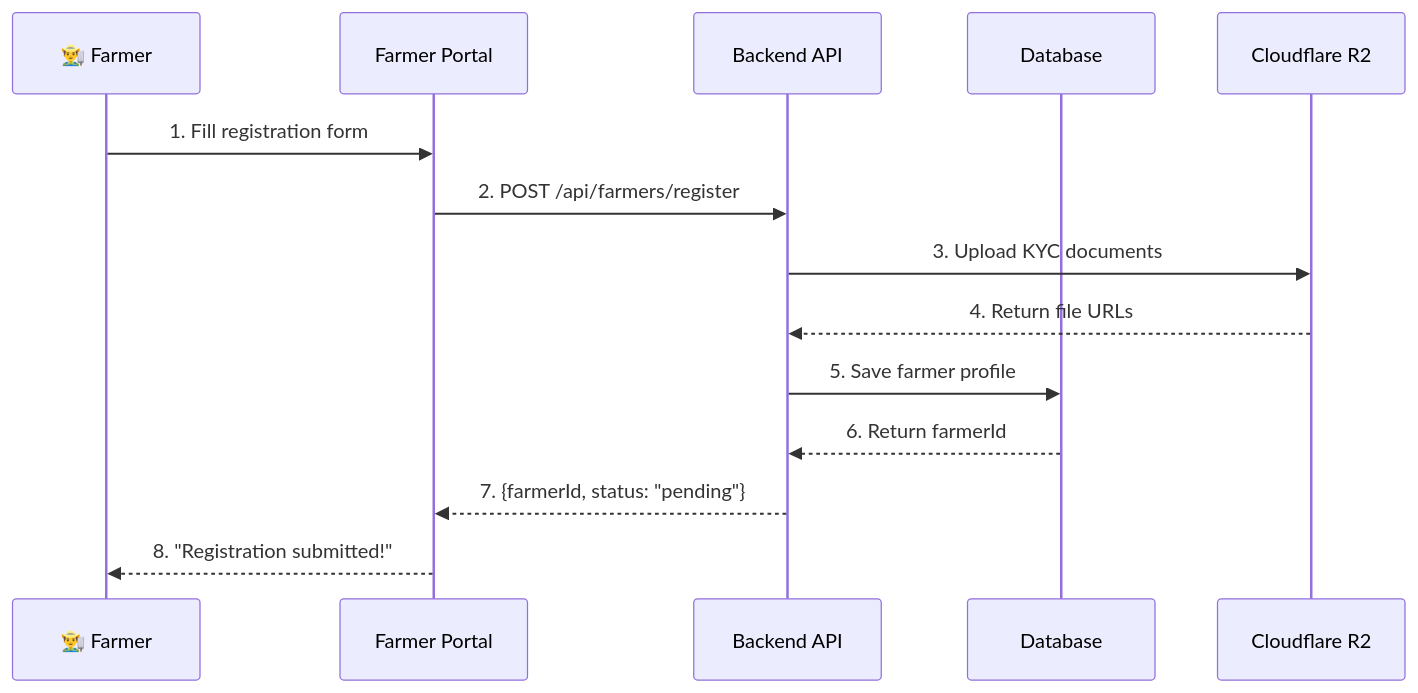
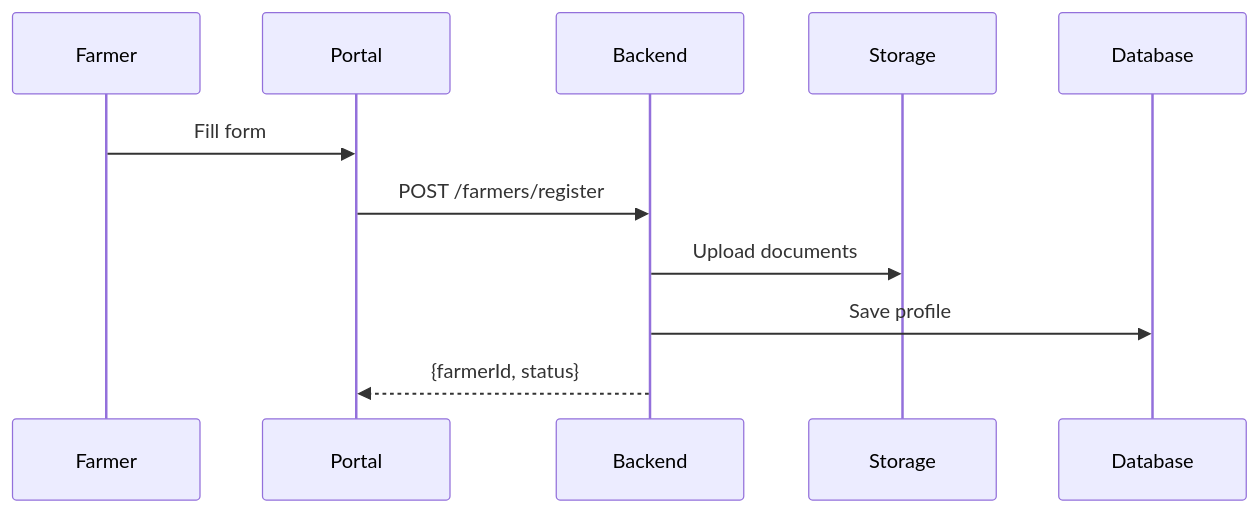
Before and after one commit to OwnaFarm/docs: the second of 7 diagrams in gitbook/technical/system-flow.md, drawn with Mermaid. The commit also changed other lines of this file and 17 other files, not shown here.

````diff
--- a/gitbook/technical/system-flow.md
+++ b/gitbook/technical/system-flow.md
@@ -52,20 +42,14 @@
 ```mermaid
 sequenceDiagram
-    participant F as 👨‍🌾 Farmer
-    participant FE as Farmer Portal
-    participant BE as Backend API
+    participant F as Farmer
+    participant FE as Portal
+    participant BE as Backend
+    participant R2 as Storage
     participant DB as Database
-    participant R2 as Cloudflare R2
 
-    F->>FE: 1. Fill registration form
-    FE->>BE: 2. POST /api/farmers/register
-
-    BE->>R2: 3. Upload KYC documents
-    R2-->>BE: 4. Return file URLs
-
-    BE->>DB: 5. Save farmer profile
-    DB-->>BE: 6. Return farmerId
-
-    BE-->>FE: 7. {farmerId, status: "pending"}
-    FE-->>F: 8. "Registration submitted!"
+    F->>FE: Fill form
+    FE->>BE: POST /farmers/register
+    BE->>R2: Upload documents
+    BE->>DB: Save profile
+    BE-->>FE: {farmerId, status}
 ```
````
